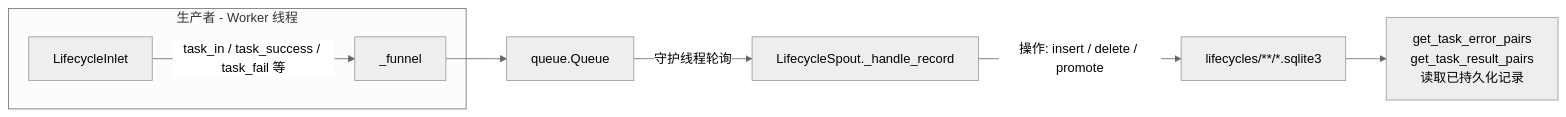
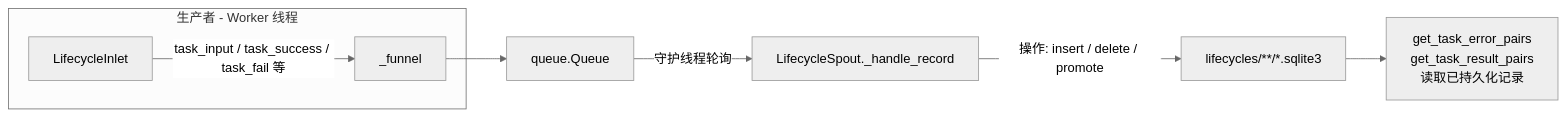
One commit to Mr-xiaotian/CelestialFlow changed the diagram in docs/zh-CN/src/persistence/core_lifecycle.md. Above: the diagram before and after it, drawn with Mermaid (neutral theme). The commit also changed other lines of this file and 80 other files, not shown here.

````diff
--- a/docs/zh-CN/src/persistence/core_lifecycle.md
+++ b/docs/zh-CN/src/persistence/core_lifecycle.md
@@ -11,11 +11,11 @@
 ```mermaid
 flowchart LR
     subgraph Producer["生产者 - Worker 线程"]
         Inlet[LifecycleInlet]
-        Inlet -->|task_in / task_success / task_fail 等| Funnel[_funnel]
+        Inlet -->|task_input / task_success / task_fail 等| Funnel[_funnel]
     end
     Funnel --> Queue[queue.Queue]
     Queue -->|守护线程轮询| Spout[LifecycleSpout._handle_record]
     Spout -->|操作: insert / delete / promote| SQLite[lifecycles/**/*.sqlite3]
     SQLite --> Read[get_task_error_pairs<br/>get_task_result_pairs<br/>读取已持久化记录]
 ```
````
